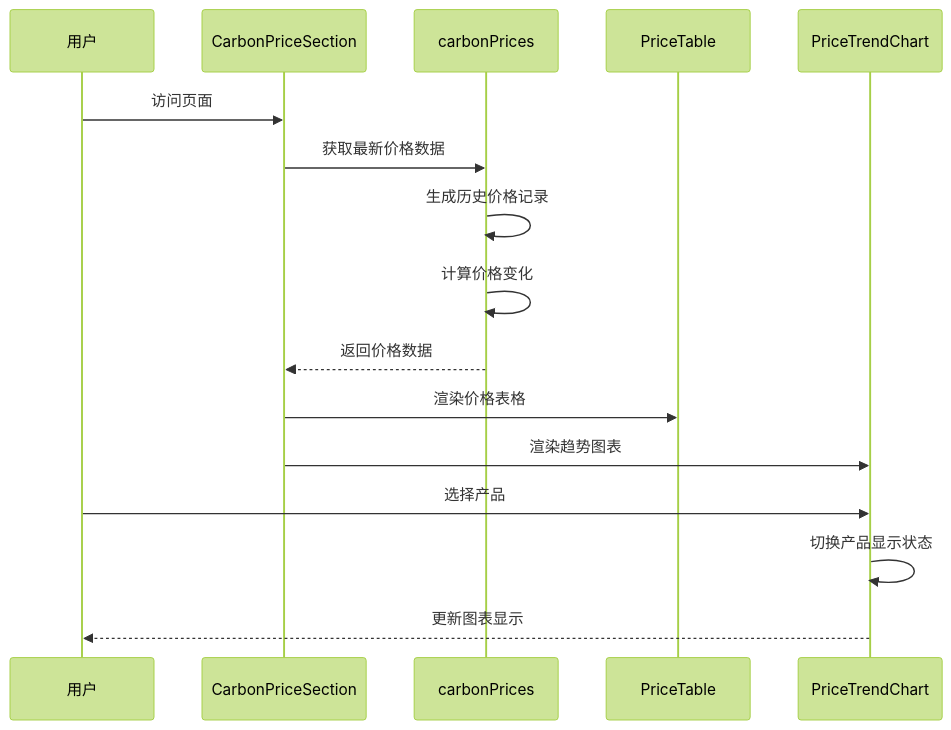
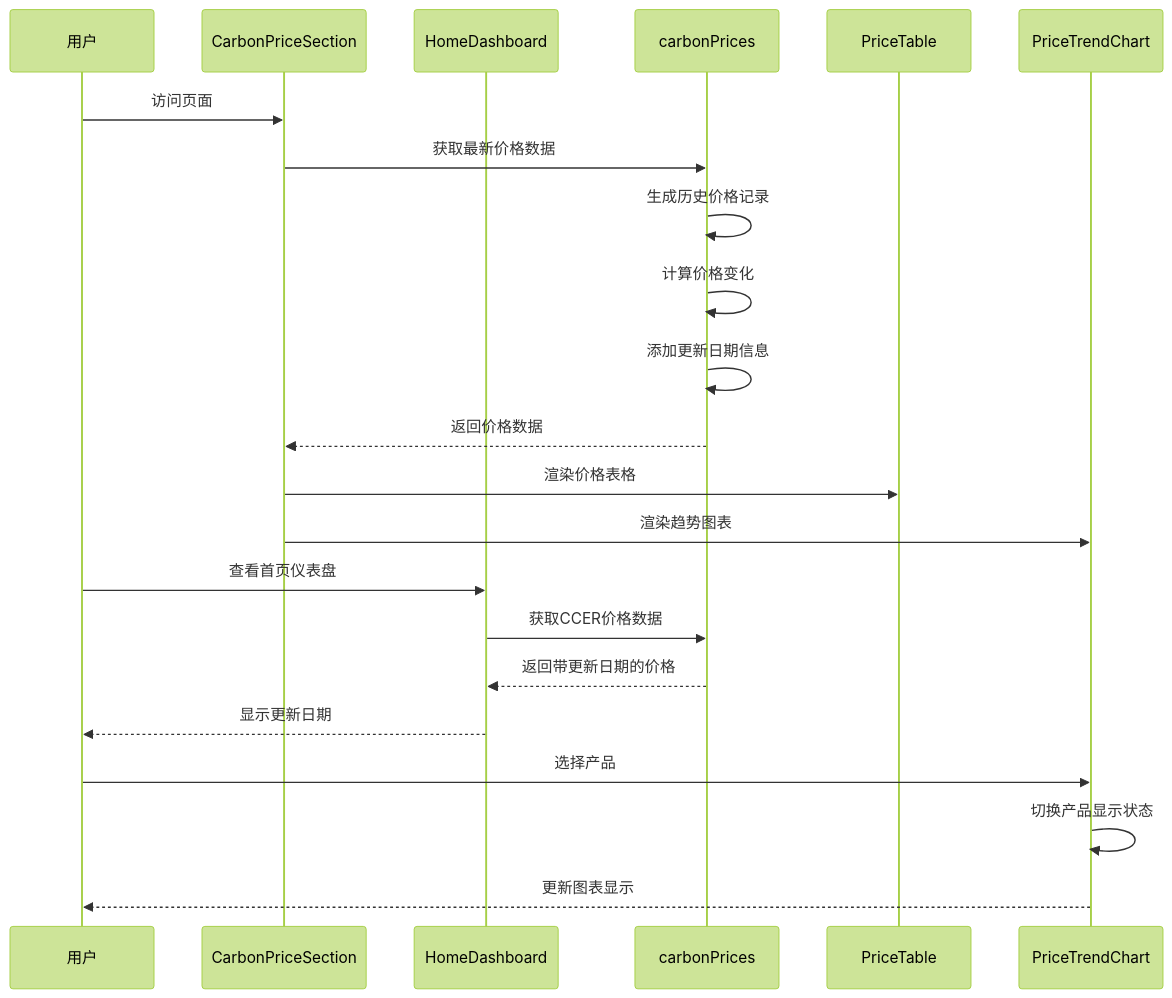
One commit to liangxuanliang-cmd/carbon-info-agent changed the fifth of 17 diagrams in .qoder/repowiki/zh/content/功能模块/碳价格监控模块.md. Above: the diagram before and after it, drawn with Mermaid (forest theme). The commit also changed other lines of this file and 8 other files, not shown here.

````diff
--- a/.qoder/repowiki/zh/content/功能模块/碳价格监控模块.md
+++ b/.qoder/repowiki/zh/content/功能模块/碳价格监控模块.md
@@ -231,18 +303,24 @@
 ```mermaid
 sequenceDiagram
 participant User as 用户
 participant Section as CarbonPriceSection
+participant Dashboard as HomeDashboard
 participant Data as carbonPrices
 participant Table as PriceTable
 participant Chart as PriceTrendChart
 User->>Section : 访问页面
 Section->>Data : 获取最新价格数据
 Data->>Data : 生成历史价格记录
 Data->>Data : 计算价格变化
+Data->>Data : 添加更新日期信息
 Data-->>Section : 返回价格数据
 Section->>Table : 渲染价格表格
 Section->>Chart : 渲染趋势图表
+User->>Dashboard : 查看首页仪表盘
+Dashboard->>Data : 获取CCER价格数据
+Data-->>Dashboard : 返回带更新日期的价格
+Dashboard-->>User : 显示更新日期
 User->>Chart : 选择产品
 Chart->>Chart : 切换产品显示状态
 Chart-->>User : 更新图表显示
 ```
````
